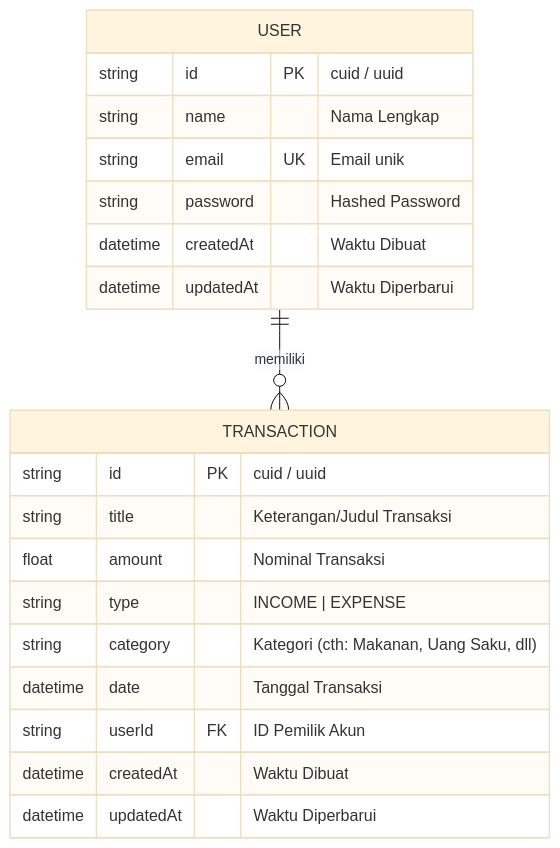
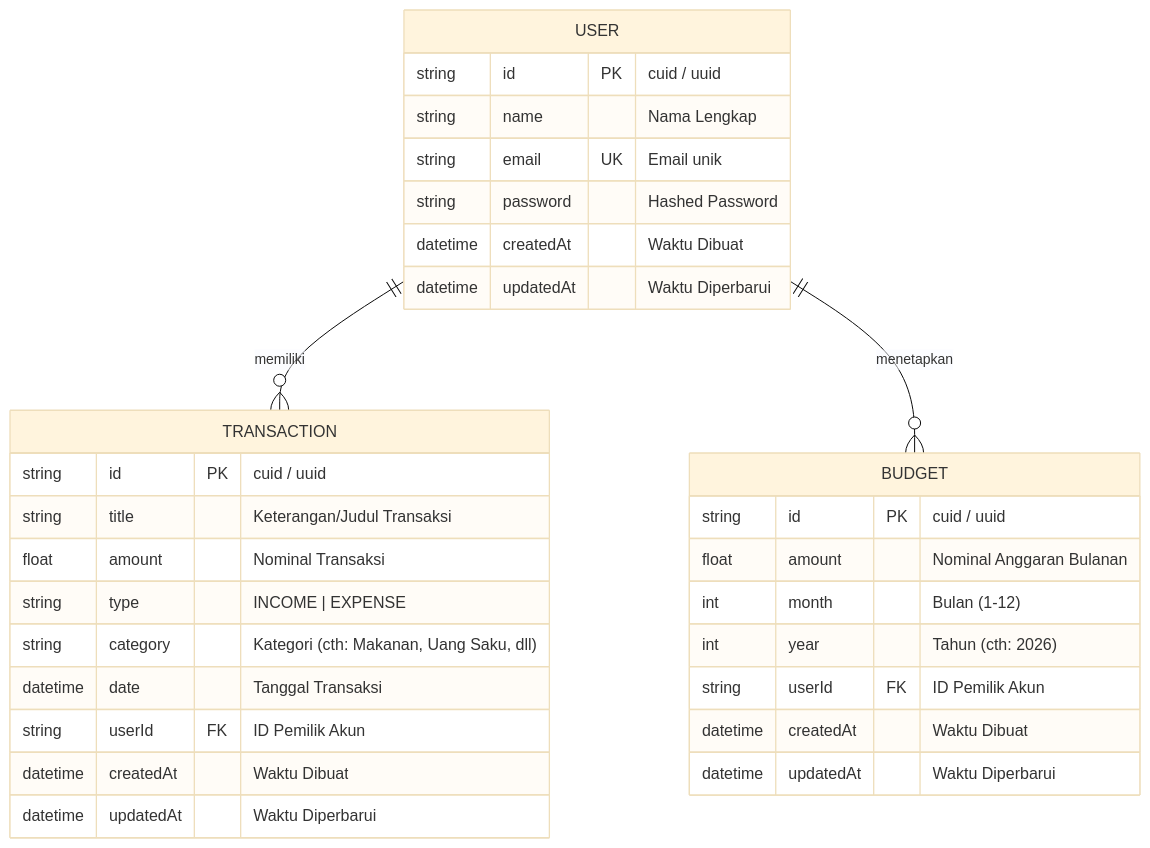
The first of 2 diagrams in README.md (pojann26/Praktikum_Next), drawn with Mermaid (base theme) before and after one commit. The commit also changed other lines of this file, not shown here.

````diff
--- a/README.md
+++ b/README.md
@@ -64,25 +88,36 @@
 ```mermaid
 erDiagram
     USER ||--o{ TRANSACTION : "memiliki"
+    USER ||--o{ BUDGET : "menetapkan"
     
     USER {
         string id PK "cuid / uuid"
         string name "Nama Lengkap"
         string email UK "Email unik"
         string password "Hashed Password"
         datetime createdAt "Waktu Dibuat"
         datetime updatedAt "Waktu Diperbarui"
     }
 
     TRANSACTION {
         string id PK "cuid / uuid"
         string title "Keterangan/Judul Transaksi"
         float amount "Nominal Transaksi"
         string type "INCOME | EXPENSE"
         string category "Kategori (cth: Makanan, Uang Saku, dll)"
         datetime date "Tanggal Transaksi"
         string userId FK "ID Pemilik Akun"
         datetime createdAt "Waktu Dibuat"
         datetime updatedAt "Waktu Diperbarui"
     }
+
+    BUDGET {
+        string id PK "cuid / uuid"
+        float amount "Nominal Anggaran Bulanan"
+        int month "Bulan (1-12)"
+        int year "Tahun (cth: 2026)"
+        string userId FK "ID Pemilik Akun"
+        datetime createdAt "Waktu Dibuat"
+        datetime updatedAt "Waktu Diperbarui"
+    }
 ```
````
